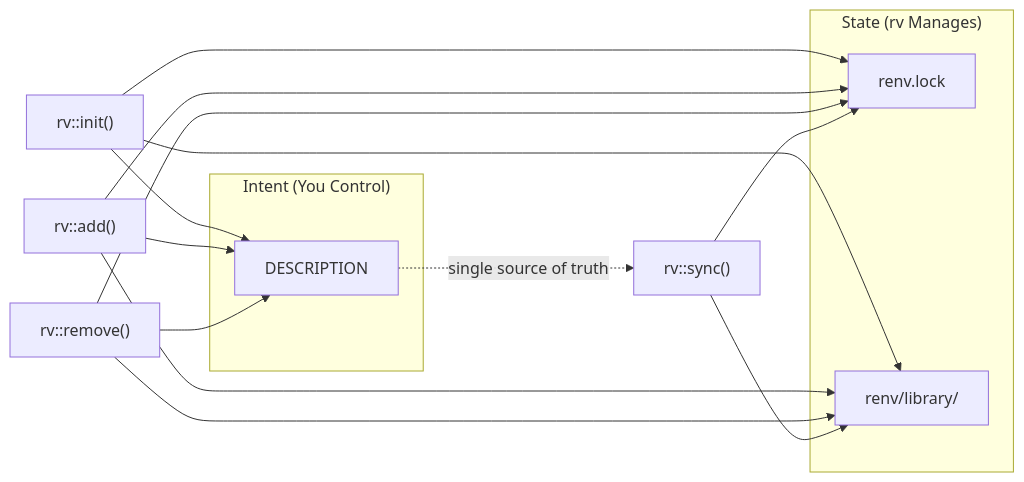
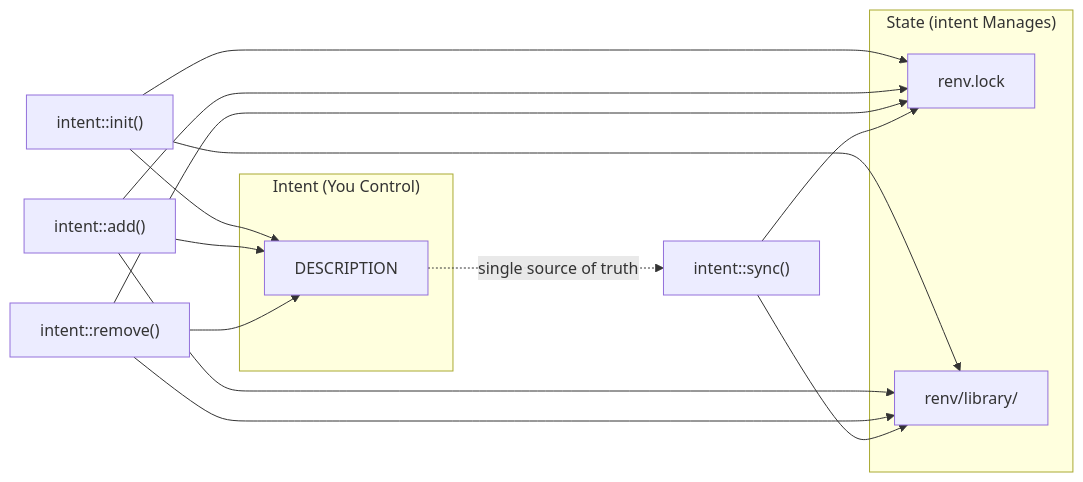
One commit to SInginc/rv changed the diagram in README.md. Above: the diagram before and after it, drawn with Mermaid. The commit also changed other lines of this file and 11 other files, not shown here.

````diff
--- a/README.md
+++ b/README.md
@@ -83,28 +83,28 @@
 ```mermaid
 flowchart LR
     subgraph Intent["Intent (You Control)"]
         DESC["DESCRIPTION"]
     end
 
-    subgraph State["State (rv Manages)"]
+    subgraph State["State (intent Manages)"]
         LOCK["renv.lock"]
         LIB["renv/library/"]
     end
 
-    INIT["rv::init()"] --> DESC
+    INIT["intent::init()"] --> DESC
     INIT --> LOCK
     INIT --> LIB
 
-    ADD["rv::add()"] --> DESC
+    ADD["intent::add()"] --> DESC
     ADD --> LIB
     ADD --> LOCK
 
-    REMOVE["rv::remove()"] --> DESC
+    REMOVE["intent::remove()"] --> DESC
     REMOVE --> LIB
     REMOVE --> LOCK
 
-    SYNC["rv::sync()"] --> LOCK
+    SYNC["intent::sync()"] --> LOCK
     SYNC --> LIB
 
     DESC -.->|"single source of truth"| SYNC
 ```
````
